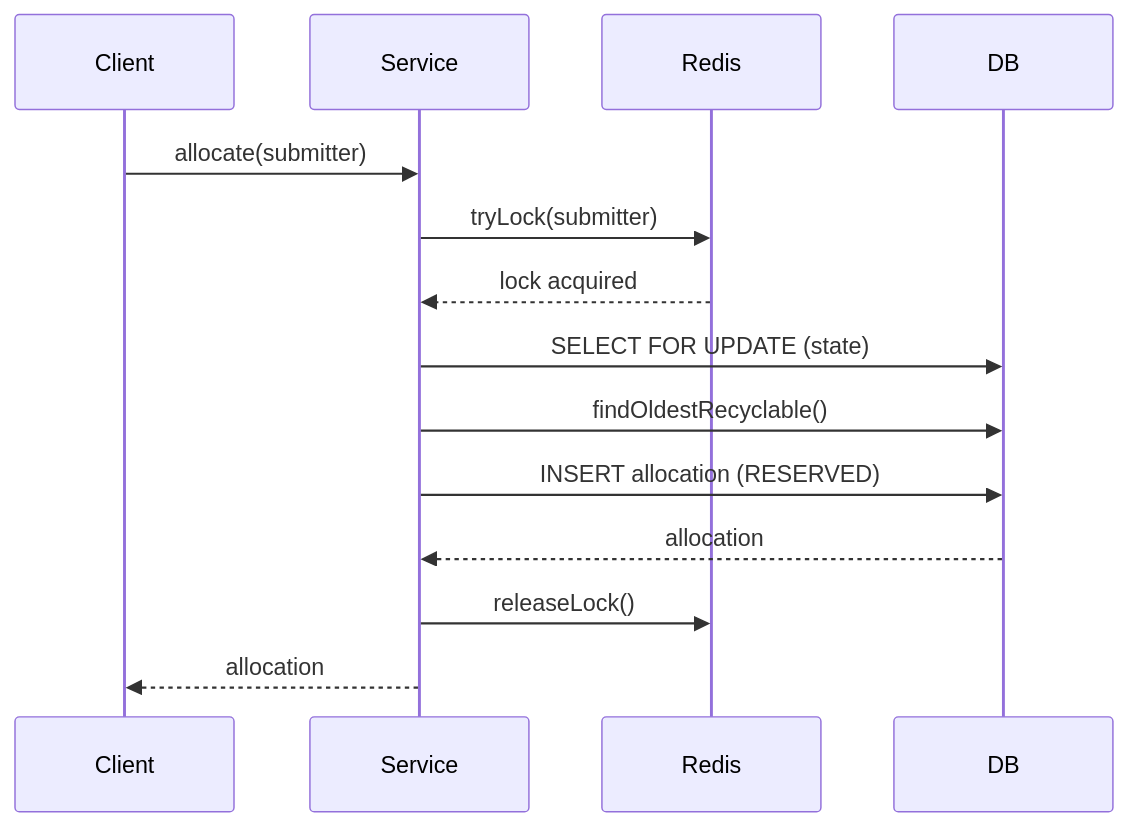
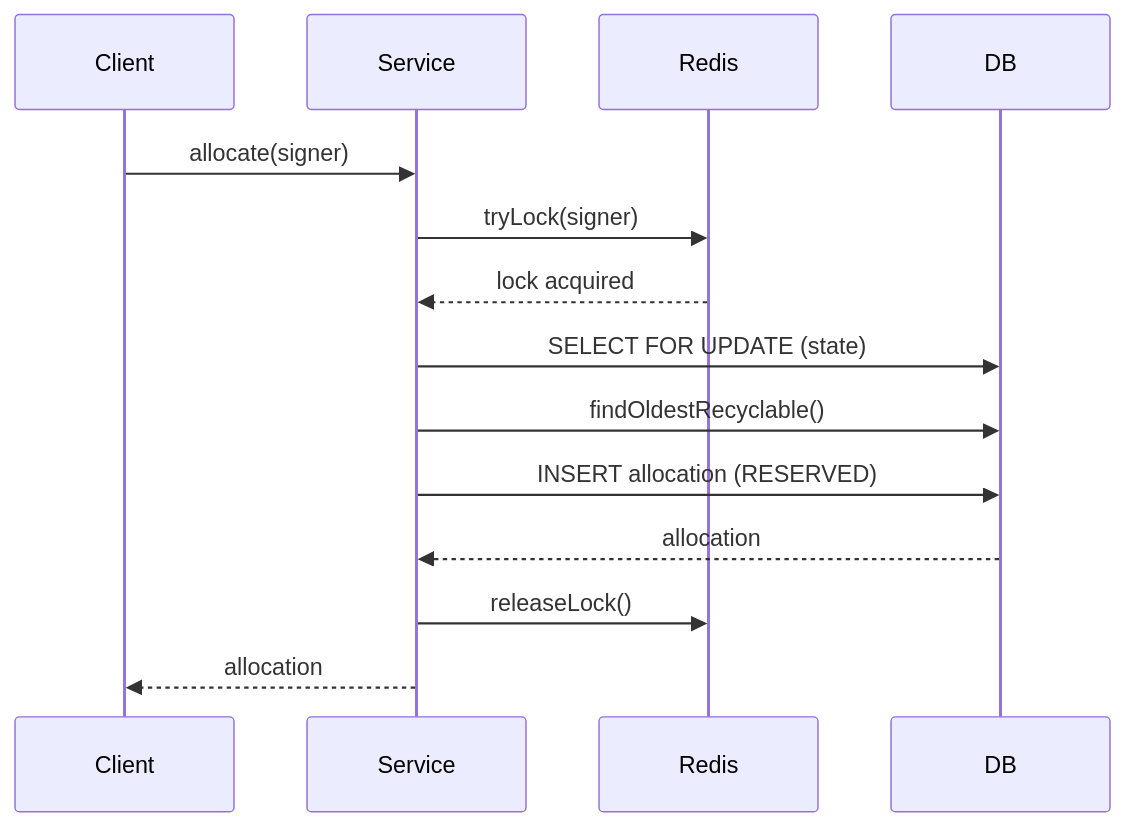
The third of 16 diagrams in 架构演进对比.md (cedardinh/nonce-demo), drawn with Mermaid before and after one commit. The commit also changed other lines of this file and 37 other files, not shown here.

````diff
--- a/架构演进对比.md
+++ b/架构演进对比.md
@@ -144,17 +146,17 @@
 ```mermaid
 sequenceDiagram
     participant Client
     participant Service
     participant Redis
     participant DB
     
-    Client->>Service: allocate(submitter)
-    Service->>Redis: tryLock(submitter)
+    Client->>Service: allocate(signer)
+    Service->>Redis: tryLock(signer)
     Redis-->>Service: lock acquired
     Service->>DB: SELECT FOR UPDATE (state)
     Service->>DB: findOldestRecyclable()
     Service->>DB: INSERT allocation (RESERVED)
     DB-->>Service: allocation
     Service->>Redis: releaseLock()
     Service-->>Client: allocation
 ```
````
